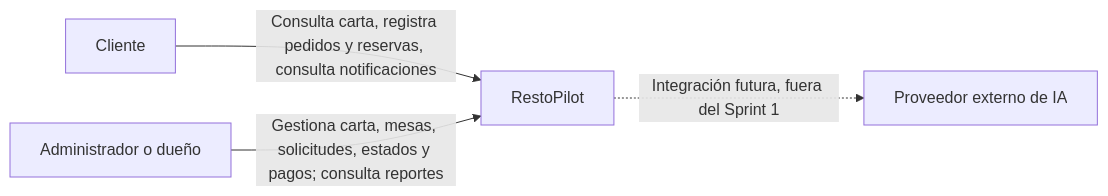
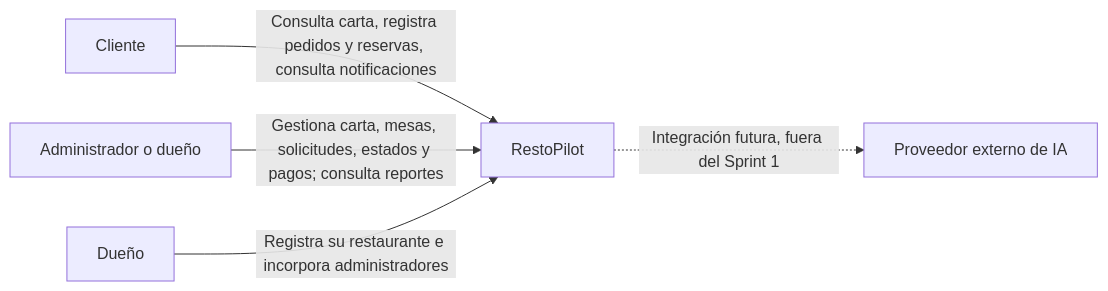
The first of 6 diagrams in docs/SUSTENTACION_TB2.md (alefs9/backend_RestoPilot), drawn with Mermaid before and after one commit. The commit also changed other lines of this file and 18 other files, not shown here.

Commit message:
feat: implementa US21 alta de dueño y US22 incorporación de administradores

````diff
--- a/docs/SUSTENTACION_TB2.md
+++ b/docs/SUSTENTACION_TB2.md
@@ -17,6 +17,7 @@
 ```mermaid
 flowchart LR
     C[Cliente] -->|Consulta carta, registra pedidos y reservas, consulta notificaciones| R[RestoPilot]
     A[Administrador o dueño] -->|Gestiona carta, mesas, solicitudes, estados y pagos; consulta reportes| R
+    D[Dueño] -->|Registra su restaurante e incorpora administradores| R
     R -.->|Integración futura, fuera del Sprint 1| IA[Proveedor externo de IA]
 ```
````
